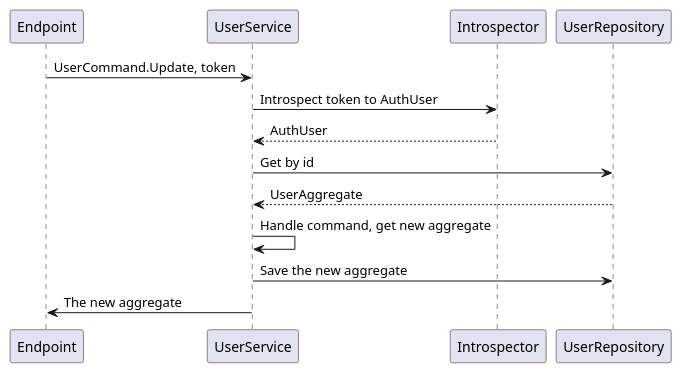
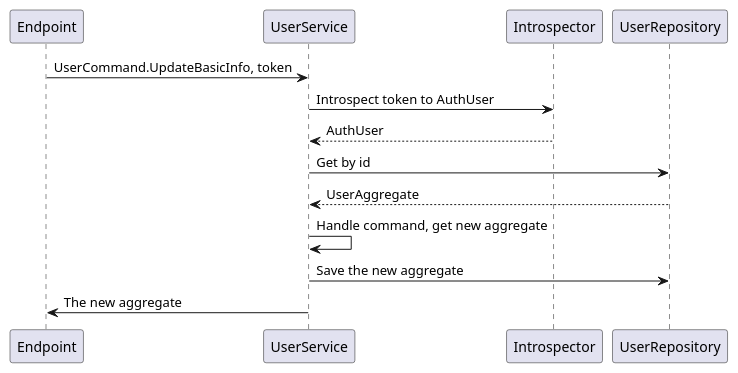
Before and after one commit to alices-wonderland/doorknob: the eighth of 18 diagrams in docs/docs/features.md, drawn with PlantUML. The commit also changed other lines of this file and 10 other files, not shown here.

Commit message:
UserService

````diff
--- a/docs/docs/features.md
+++ b/docs/docs/features.md
@@ -230,12 +230,12 @@
 ```plantuml
 @startuml
-Endpoint -> UserService: UserCommand.Update, token
+Endpoint -> UserService: UserCommand.UpdateBasicInfo, token
 UserService -> Introspector: Introspect token to AuthUser
 Introspector --> UserService: AuthUser
 UserService -> UserRepository: Get by id
 UserRepository --> UserService: UserAggregate
 UserService -> UserService: Handle command, get new aggregate
 UserService -> UserRepository: Save the new aggregate
 UserService -> Endpoint: The new aggregate
 @enduml
 ```
````
